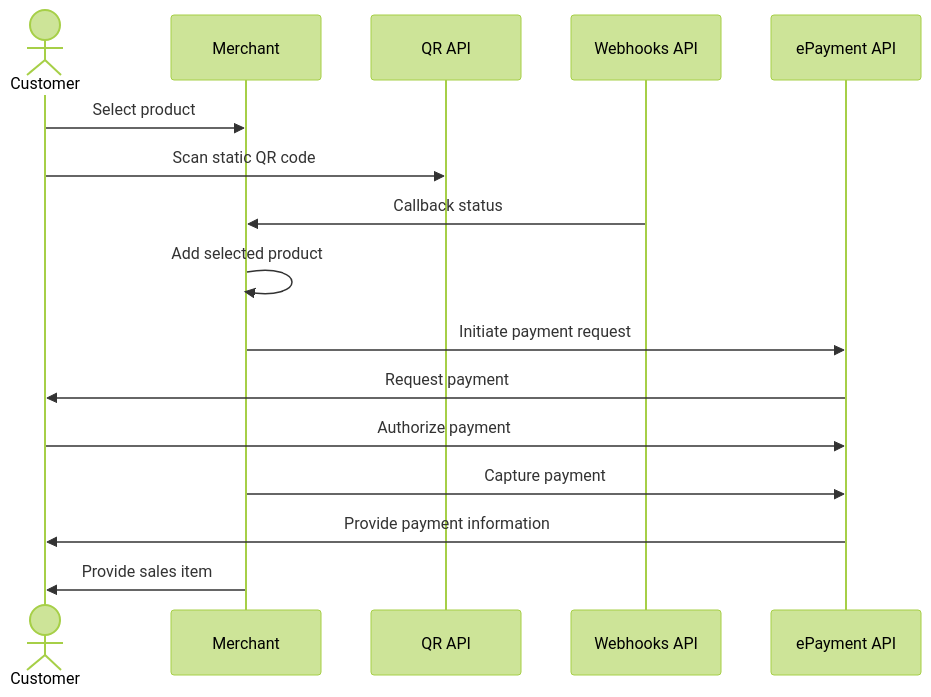
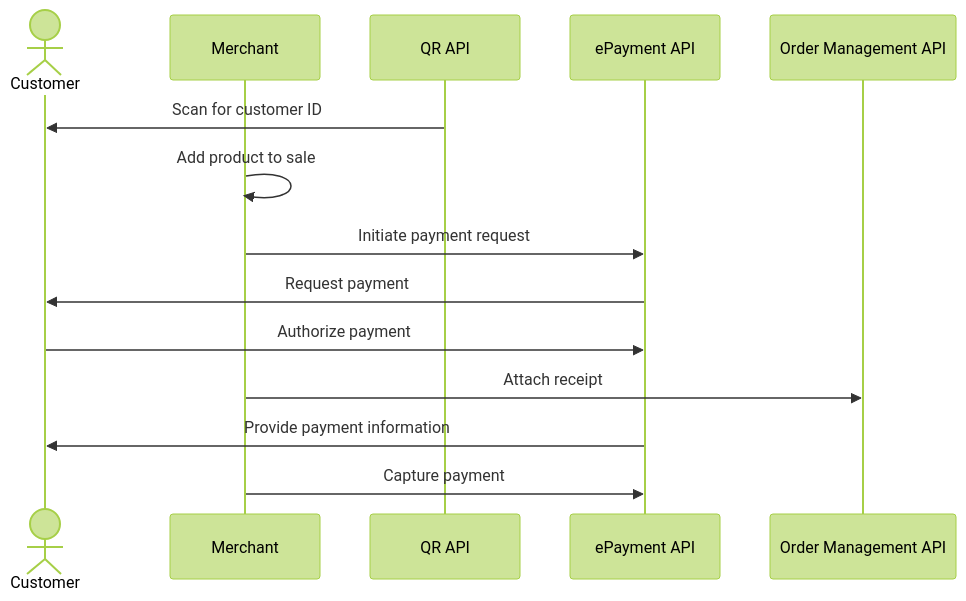
The diagram in vending-machines/qr-direct-to-payment-in-app.md (vippsas/vipps-solutions), drawn with Mermaid (forest theme) before and after one commit. The commit also changed 10 other files, not shown here.

Commit message:
Align and simplify all sequence diagrams

````diff
--- a/vending-machines/qr-direct-to-payment-in-app.md
+++ b/vending-machines/qr-direct-to-payment-in-app.md
@@ -55,19 +55,17 @@
 ``` mermaid
 sequenceDiagram
     actor C as Customer
     participant M as Merchant
     participant QR as QR API
-    participant Webhooks as Webhooks API
     participant ePayment as ePayment API
+    participant ordermanagement as Order Management API
     
-    C->>M: Select product
-    C->>QR: Scan static QR code
-    Webhooks->>M: Callback status
-    M->>M: Add selected product
+    QR->>C: Scan for customer ID
+    M->>M: Add product to sale
     M->>ePayment: Initiate payment request
     ePayment->>C: Request payment
     C->>ePayment: Authorize payment
+    M->> ordermanagement: Attach receipt
+    ePayment->>C: Provide payment information
     M->>ePayment: Capture payment
-    ePayment->>C: Provide payment information
-    M->>C: Provide sales item
 ```
````
